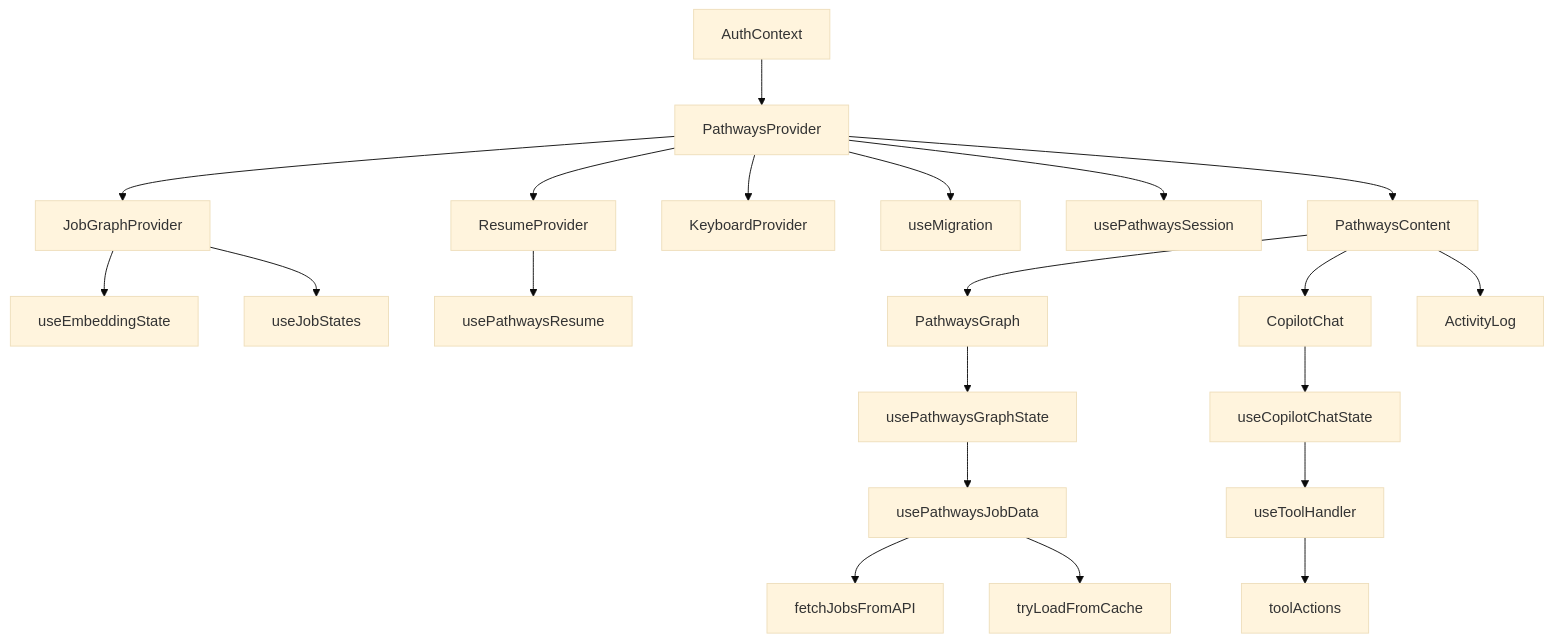
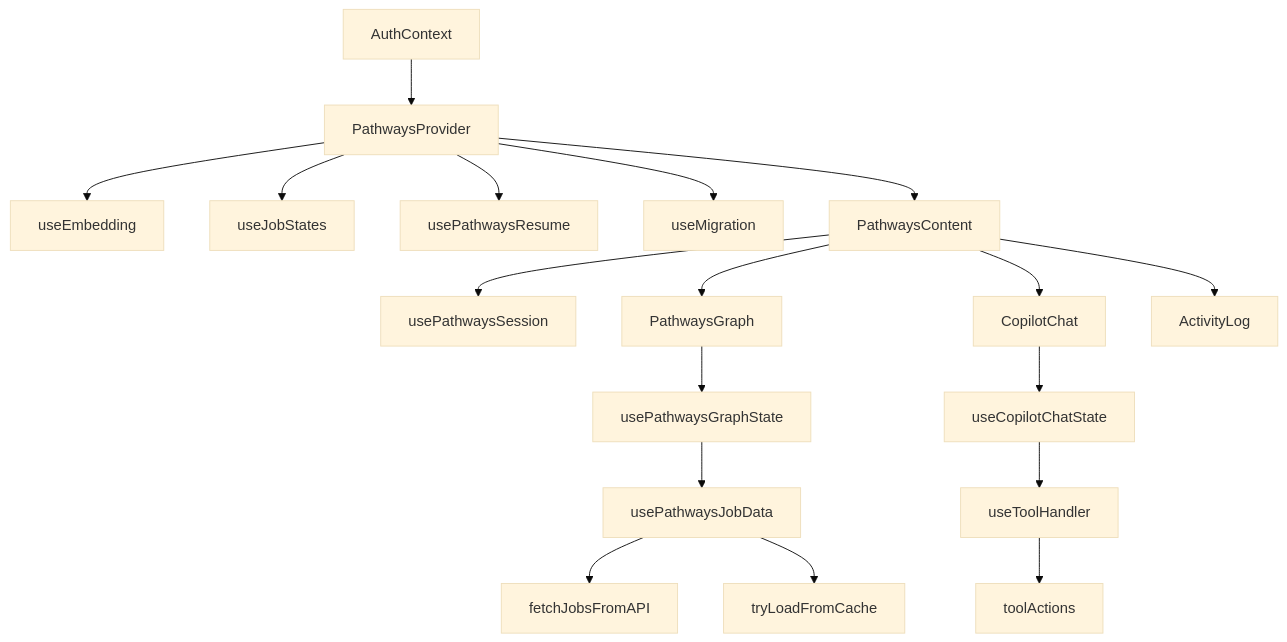
Diagram 11 of 11 in apps/docs/content/docs/006-pathways-subsystem.md (jsonresume/jsonresume.org), drawn with Mermaid (base theme) before and after one commit. The commit also changed other lines of this file and 16 other files, not shown here.

Commit message:
refactor(registry): remove abandoned pathways architecture

````diff
--- a/apps/docs/content/docs/006-pathways-subsystem.md
+++ b/apps/docs/content/docs/006-pathways-subsystem.md
@@ -1319,23 +1218,20 @@
 ```mermaid
 flowchart TD
   AuthContext --> PathwaysProvider
-  PathwaysProvider --> ResumeProvider
-  PathwaysProvider --> JobGraphProvider
-  PathwaysProvider --> KeyboardProvider
-  JobGraphProvider --> useEmbeddingState
-  JobGraphProvider --> useJobStates
-  ResumeProvider --> usePathwaysResume
+  PathwaysProvider --> useEmbedding
+  PathwaysProvider --> useJobStates
+  PathwaysProvider --> usePathwaysResume
   PathwaysProvider --> useMigration
-  PathwaysProvider --> usePathwaysSession
   PathwaysProvider --> PathwaysContent
+  PathwaysContent --> usePathwaysSession
   PathwaysContent --> PathwaysGraph
   PathwaysContent --> CopilotChat
   PathwaysContent --> ActivityLog
   CopilotChat --> useCopilotChatState
   useCopilotChatState --> useToolHandler
   useToolHandler --> toolActions
   PathwaysGraph --> usePathwaysGraphState
   usePathwaysGraphState --> usePathwaysJobData
   usePathwaysJobData --> fetchJobsFromAPI
   usePathwaysJobData --> tryLoadFromCache
 ```
````
